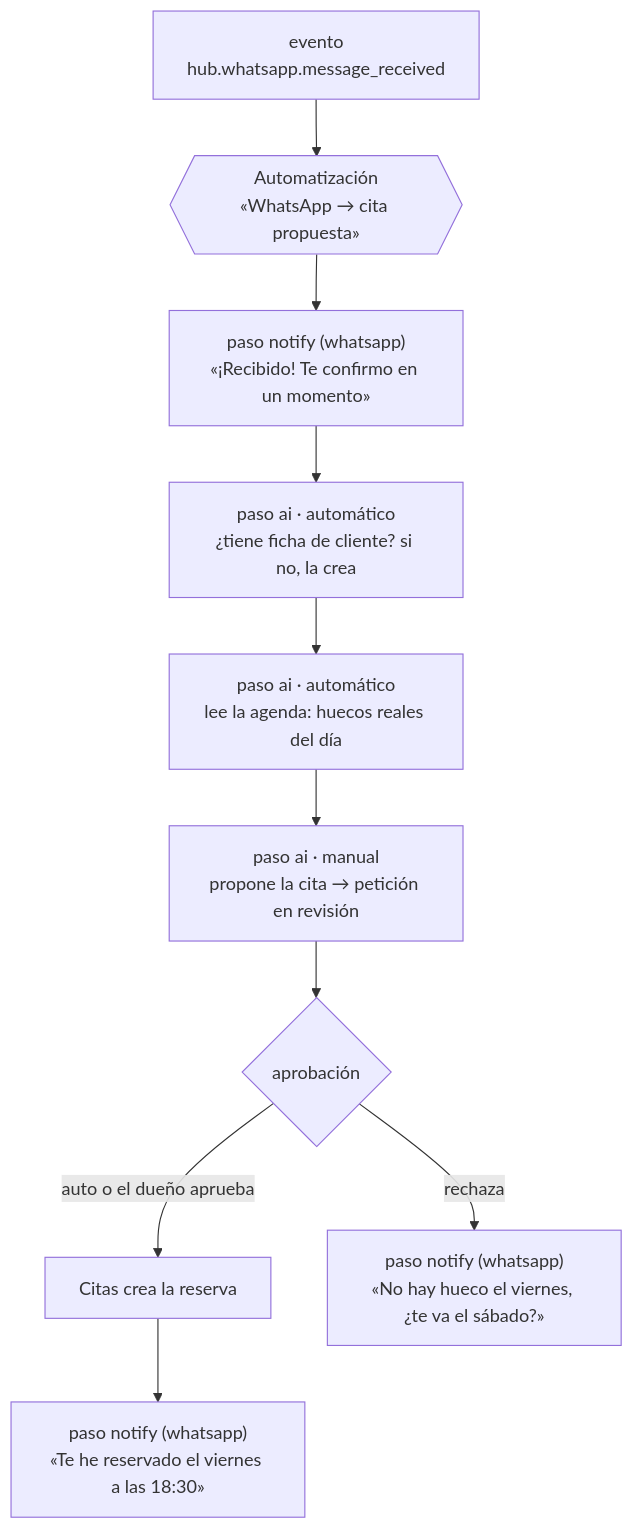
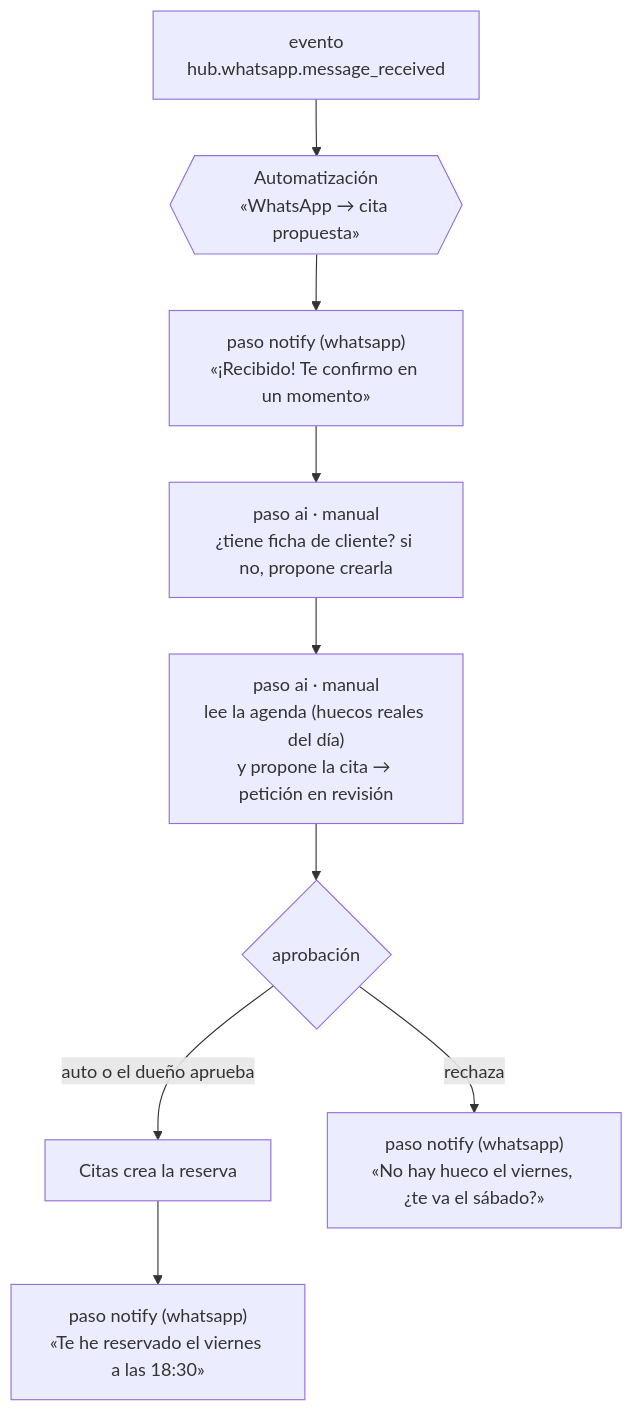
Before and after one commit to ERPlora/whatsapp_inbox: the fourth of 6 diagrams in docs/como-funciona.md, drawn with Mermaid. The commit also changed other lines of this file and 7 other files, not shown here.

````diff
--- a/docs/como-funciona.md
+++ b/docs/como-funciona.md
@@ -129,12 +129,11 @@
 ```mermaid
 flowchart TD
     E["evento<br/>hub.whatsapp.message_received"] --> T{{"Automatización<br/>«WhatsApp → cita propuesta»"}}
     T --> N1["paso notify (whatsapp)<br/>«¡Recibido! Te confirmo en un momento»"]
-    N1 --> A1["paso ai · automático<br/>¿tiene ficha de cliente? si no, la crea"]
-    A1 --> A2["paso ai · automático<br/>lee la agenda: huecos reales del día"]
-    A2 --> A3["paso ai · manual<br/>propone la cita → petición en revisión"]
-    A3 --> AP{"aprobación"}
+    N1 --> A1["paso ai · manual<br/>¿tiene ficha de cliente? si no, propone crearla"]
+    A1 --> A2["paso ai · manual<br/>lee la agenda (huecos reales del día)<br/>y propone la cita → petición en revisión"]
+    A2 --> AP{"aprobación"}
     AP -- "auto o el dueño aprueba" --> R["Citas crea la reserva"]
     R --> N2["paso notify (whatsapp)<br/>«Te he reservado el viernes a las 18:30»"]
     AP -- "rechaza" --> N3["paso notify (whatsapp)<br/>«No hay hueco el viernes, ¿te va el sábado?»"]
 ```
````
